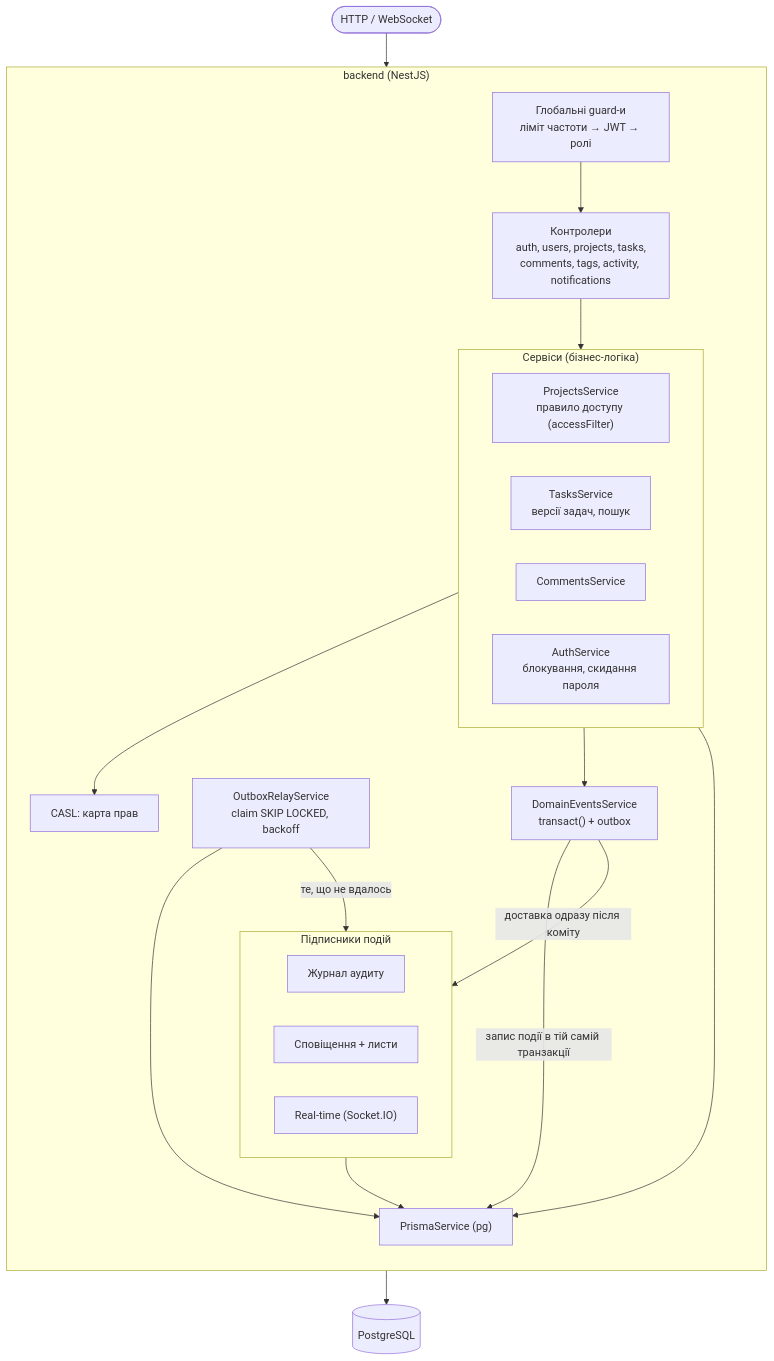
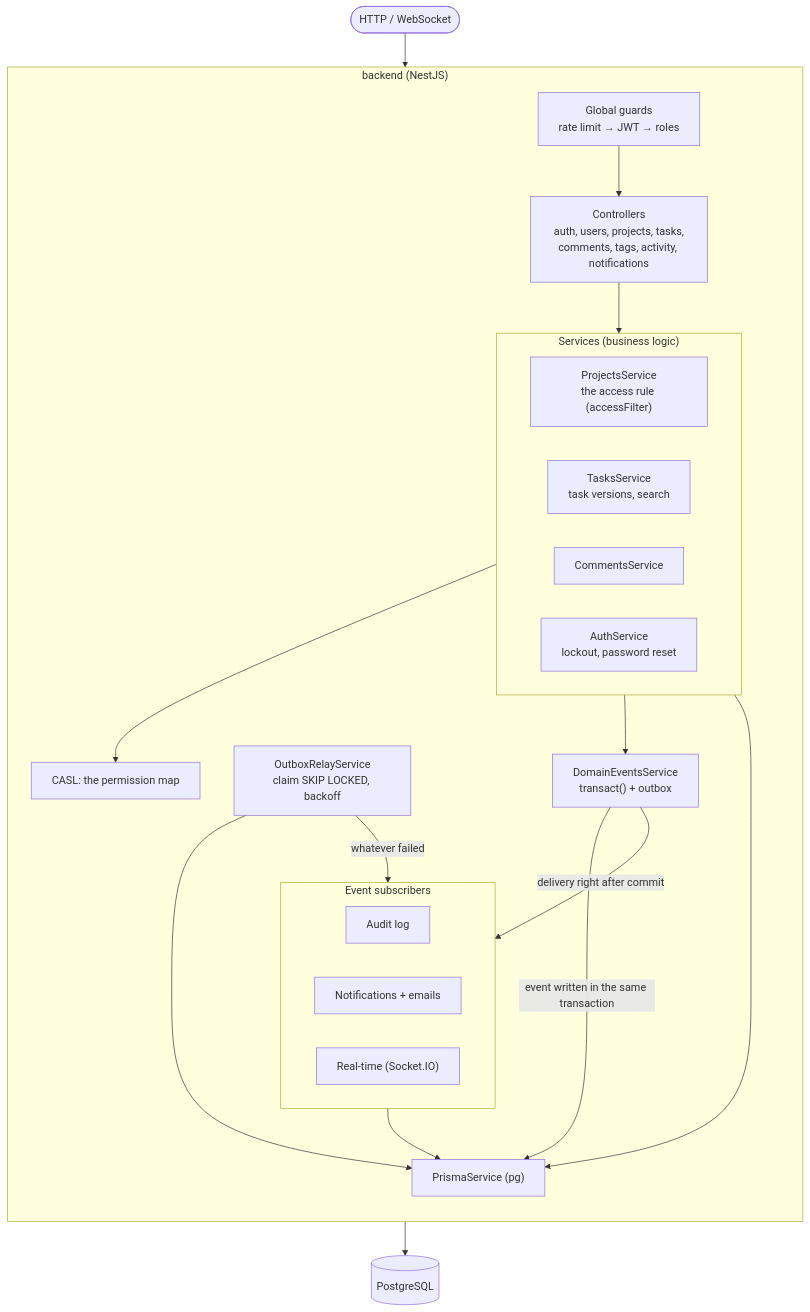
One commit to BurlakaM/flowsync changed the third of 5 diagrams in docs/ARCHITECTURE.md. Above: the diagram before and after it, drawn with Mermaid. The commit also changed other lines of this file and 62 other files, not shown here.

````diff
--- a/docs/ARCHITECTURE.md
+++ b/docs/ARCHITECTURE.md
@@ -75,44 +75,44 @@
 ```mermaid
 flowchart TB
     http(["HTTP / WebSocket"])
 
     subgraph api["backend (NestJS)"]
         direction TB
-        guards["Глобальні guard-и<br/>ліміт частоти → JWT → ролі"]
-        ctrl["Контролери<br/>auth, users, projects, tasks,<br/>comments, tags, activity, notifications"]
+        guards["Global guards<br/>rate limit → JWT → roles"]
+        ctrl["Controllers<br/>auth, users, projects, tasks,<br/>comments, tags, activity, notifications"]
 
-        subgraph services["Сервіси (бізнес-логіка)"]
+        subgraph services["Services (business logic)"]
             direction LR
-            projects["ProjectsService<br/>правило доступу (accessFilter)"]
-            tasks["TasksService<br/>версії задач, пошук"]
+            projects["ProjectsService<br/>the access rule (accessFilter)"]
+            tasks["TasksService<br/>task versions, search"]
             comments["CommentsService"]
-            authsvc["AuthService<br/>блокування, скидання пароля"]
+            authsvc["AuthService<br/>lockout, password reset"]
         end
 
         events["DomainEventsService<br/>transact() + outbox"]
         relay["OutboxRelayService<br/>claim SKIP LOCKED, backoff"]
 
-        subgraph subs["Підписники подій"]
+        subgraph subs["Event subscribers"]
             direction LR
-            audit["Журнал аудиту"]
-            notif["Сповіщення + листи"]
+            audit["Audit log"]
+            notif["Notifications + emails"]
             rt["Real-time (Socket.IO)"]
         end
 
-        casl["CASL: карта прав"]
+        casl["CASL: the permission map"]
         prisma["PrismaService (pg)"]
     end
 
     pg[("PostgreSQL")]
 
     http --> guards --> ctrl --> services
     services --> casl
     services --> events
     services --> prisma
-    events -->|"запис події в тій самій транзакції"| prisma
-    events -->|"доставка одразу після коміту"| subs
-    relay -->|"те, що не вдалось"| subs
+    events -->|"event written in the same transaction"| prisma
+    events -->|"delivery right after commit"| subs
+    relay -->|"whatever failed"| subs
     relay --> prisma
     subs --> prisma
     prisma --> pg
 ```
````
